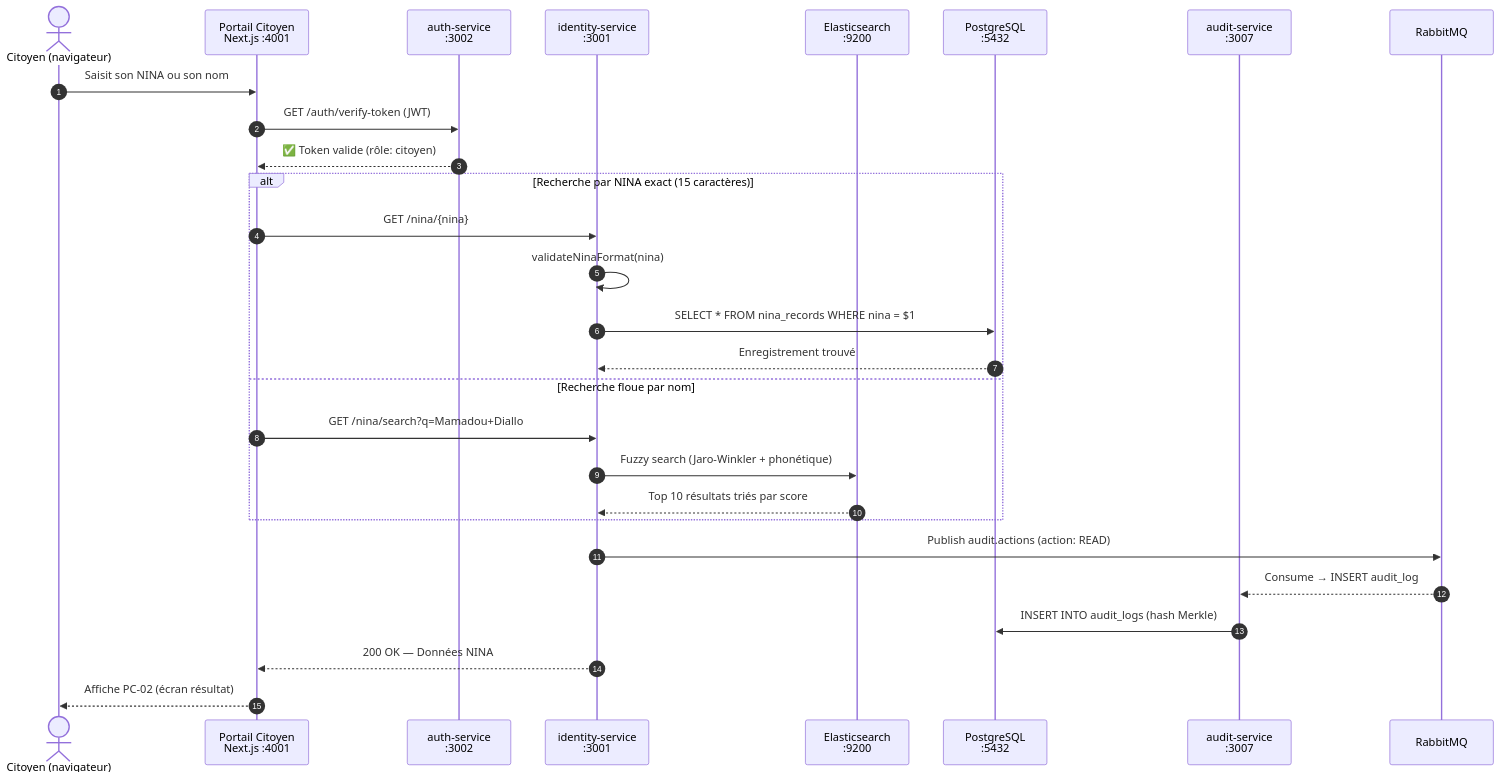
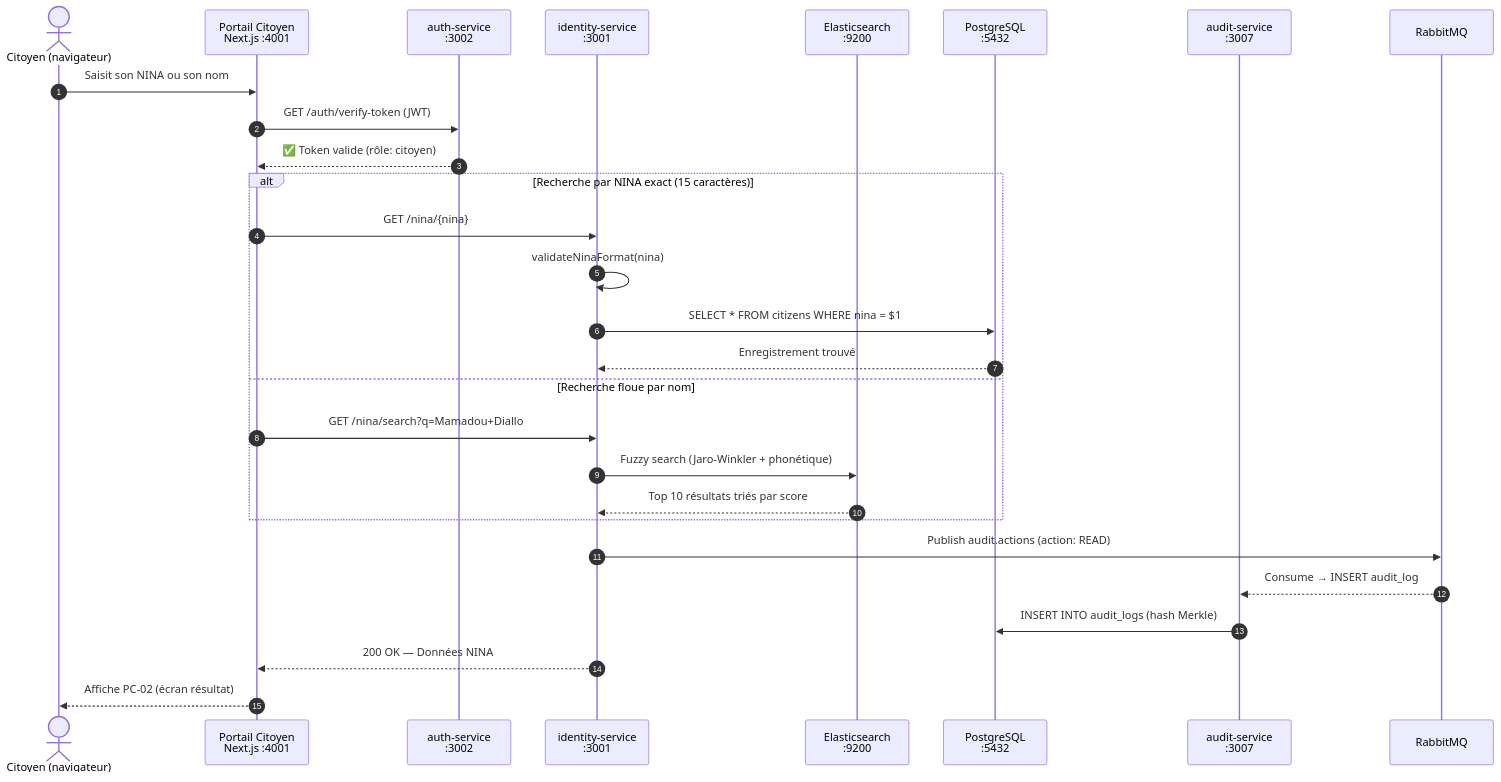
Before and after one commit to TheManInPink/Session-Ete-2026: the fourth of 13 diagrams in docs/02-ARCHITECTURE-GLOBALE.md, drawn with Mermaid. The commit also changed other lines of this file and 8 other files, not shown here.

````diff
--- a/docs/02-ARCHITECTURE-GLOBALE.md
+++ b/docs/02-ARCHITECTURE-GLOBALE.md
@@ -252,34 +252,34 @@
 ```mermaid
 sequenceDiagram
     autonumber
     actor C as Citoyen (navigateur)
     participant FE as Portail Citoyen<br/>Next.js :4001
     participant AUTH as auth-service<br/>:3002
     participant ID as identity-service<br/>:3001
     participant ES as Elasticsearch<br/>:9200
     participant PG as PostgreSQL<br/>:5432
     participant AUD as audit-service<br/>:3007
     participant RMQ as RabbitMQ
 
     C->>FE: Saisit son NINA ou son nom
     FE->>AUTH: GET /auth/verify-token (JWT)
     AUTH-->>FE: ✅ Token valide (rôle: citoyen)
 
     alt Recherche par NINA exact (15 caractères)
         FE->>ID: GET /nina/{nina}
         ID->>ID: validateNinaFormat(nina)
-        ID->>PG: SELECT * FROM nina_records WHERE nina = $1
+        ID->>PG: SELECT * FROM citizens WHERE nina = $1
         PG-->>ID: Enregistrement trouvé
     else Recherche floue par nom
         FE->>ID: GET /nina/search?q=Mamadou+Diallo
         ID->>ES: Fuzzy search (Jaro-Winkler + phonétique)
         ES-->>ID: Top 10 résultats triés par score
     end
 
     ID->>RMQ: Publish audit.actions (action: READ)
     RMQ-->>AUD: Consume → INSERT audit_log
     AUD->>PG: INSERT INTO audit_logs (hash Merkle)
 
     ID-->>FE: 200 OK — Données NINA
     FE-->>C: Affiche PC-02 (écran résultat)
 ```
````
